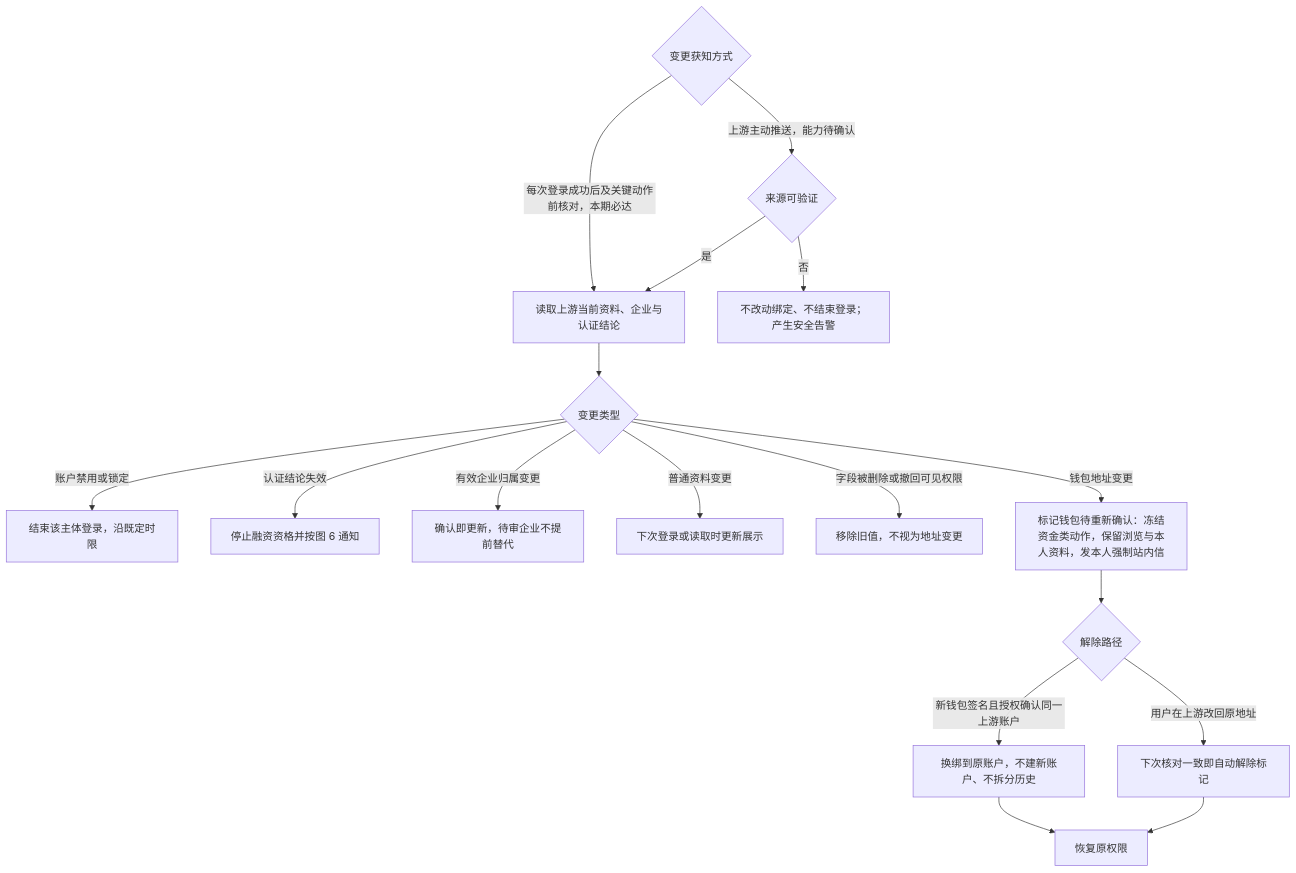
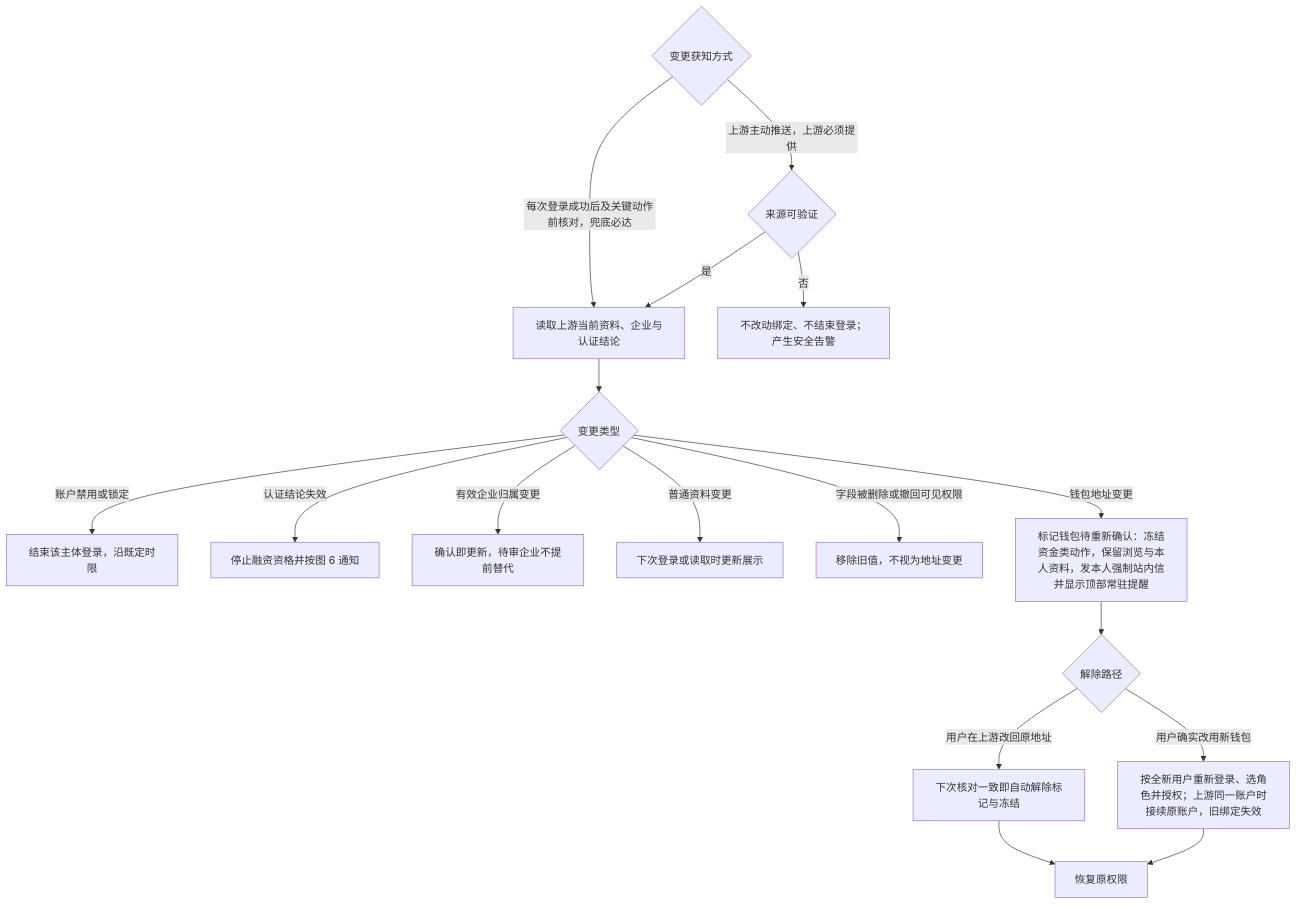
One commit to wxblockchain/Chain-Financing changed the seventh of 7 diagrams in lending-platform/PRD/v2.0-登录与账户体系/02-登录主干与资产方SSO接入-流程图与状态机.md. Above: the diagram before and after it, drawn with Mermaid. The commit also changed other lines of this file and 2 other files, not shown here.

````diff
--- a/lending-platform/PRD/v2.0-登录与账户体系/02-登录主干与资产方SSO接入-流程图与状态机.md
+++ b/lending-platform/PRD/v2.0-登录与账户体系/02-登录主干与资产方SSO接入-流程图与状态机.md
@@ -172,19 +172,19 @@
 ```mermaid
 flowchart TD
-    SRC{"变更获知方式"} -->|上游主动推送，能力待确认| VERIFY{"来源可验证"}
-    SRC -->|每次登录成功后及关键动作前核对，本期必达| READ["读取上游当前资料、企业与认证结论"]
+    SRC{"变更获知方式"} -->|上游主动推送，上游必须提供| VERIFY{"来源可验证"}
+    SRC -->|每次登录成功后及关键动作前核对，兜底必达| READ["读取上游当前资料、企业与认证结论"]
     VERIFY -->|否| ALERT["不改动绑定、不结束登录；产生安全告警"]
     VERIFY -->|是| READ
     READ --> KIND{"变更类型"}
     KIND -->|账户禁用或锁定| END["结束该主体登录，沿既定时限"]
     KIND -->|认证结论失效| DOWN["停止融资资格并按图 6 通知"]
     KIND -->|有效企业归属变更| ORG["确认即更新，待审企业不提前替代"]
     KIND -->|普通资料变更| MINOR["下次登录或读取时更新展示"]
     KIND -->|字段被删除或撤回可见权限| REMOVE["移除旧值，不视为地址变更"]
-    KIND -->|钱包地址变更| PEND["标记钱包待重新确认：冻结资金类动作，保留浏览与本人资料，发本人强制站内信"]
+    KIND -->|钱包地址变更| PEND["标记钱包待重新确认：冻结资金类动作，保留浏览与本人资料，发本人强制站内信并显示顶部常驻提醒"]
     PEND --> FIX{"解除路径"}
-    FIX -->|新钱包签名且授权确认同一上游账户| REBIND["换绑到原账户，不建新账户、不拆分历史"]
-    FIX -->|用户在上游改回原地址| RECHECK["下次核对一致即自动解除标记"]
-    REBIND --> OKS["恢复原权限"]
-    RECHECK --> OKS
+    FIX -->|用户在上游改回原地址| RECHECK["下次核对一致即自动解除标记与冻结"]
+    FIX -->|用户确实改用新钱包| NEWUSER["按全新用户重新登录、选角色并授权；上游同一账户时接续原账户，旧绑定失效"]
+    RECHECK --> OKS["恢复原权限"]
+    NEWUSER --> OKS
 ```
````
